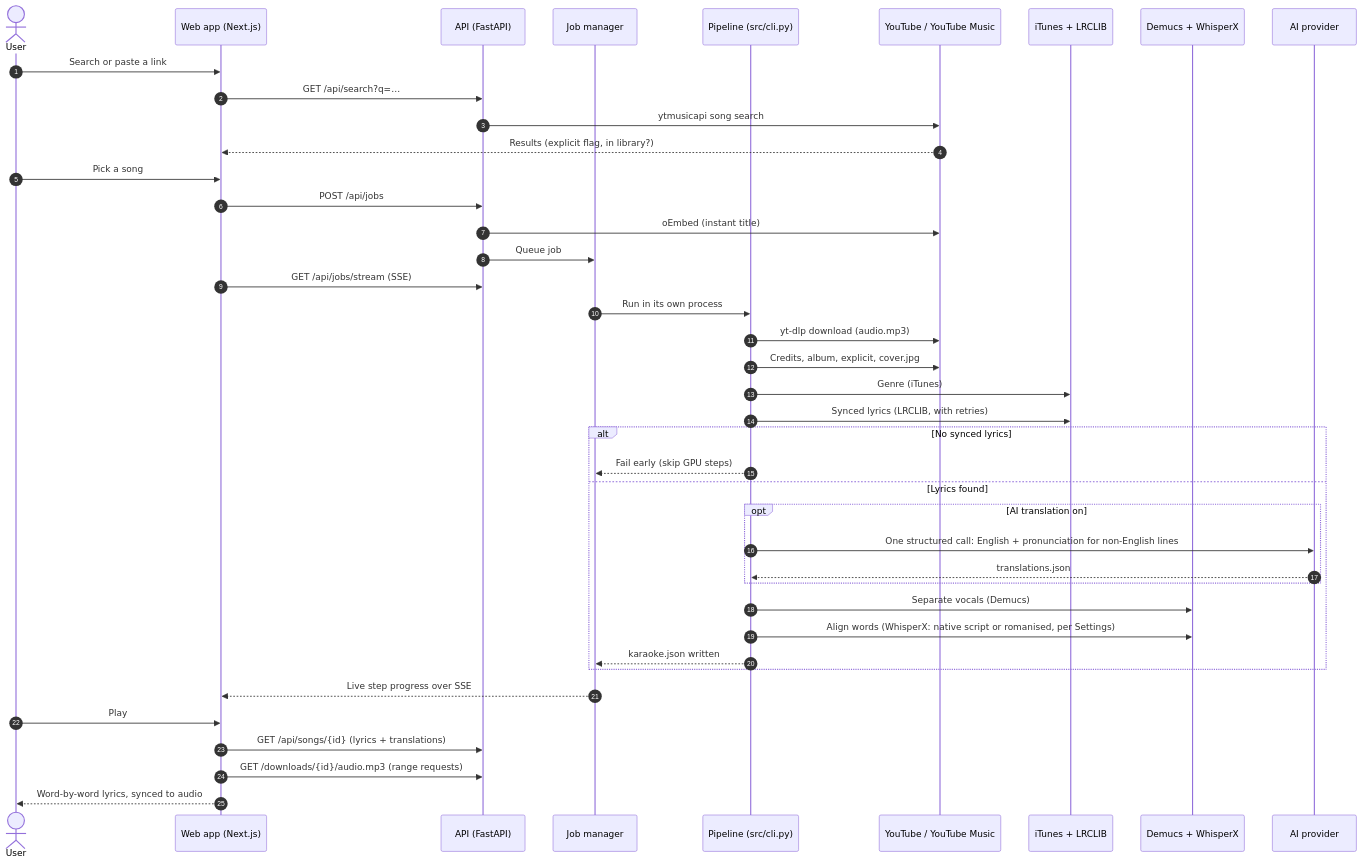
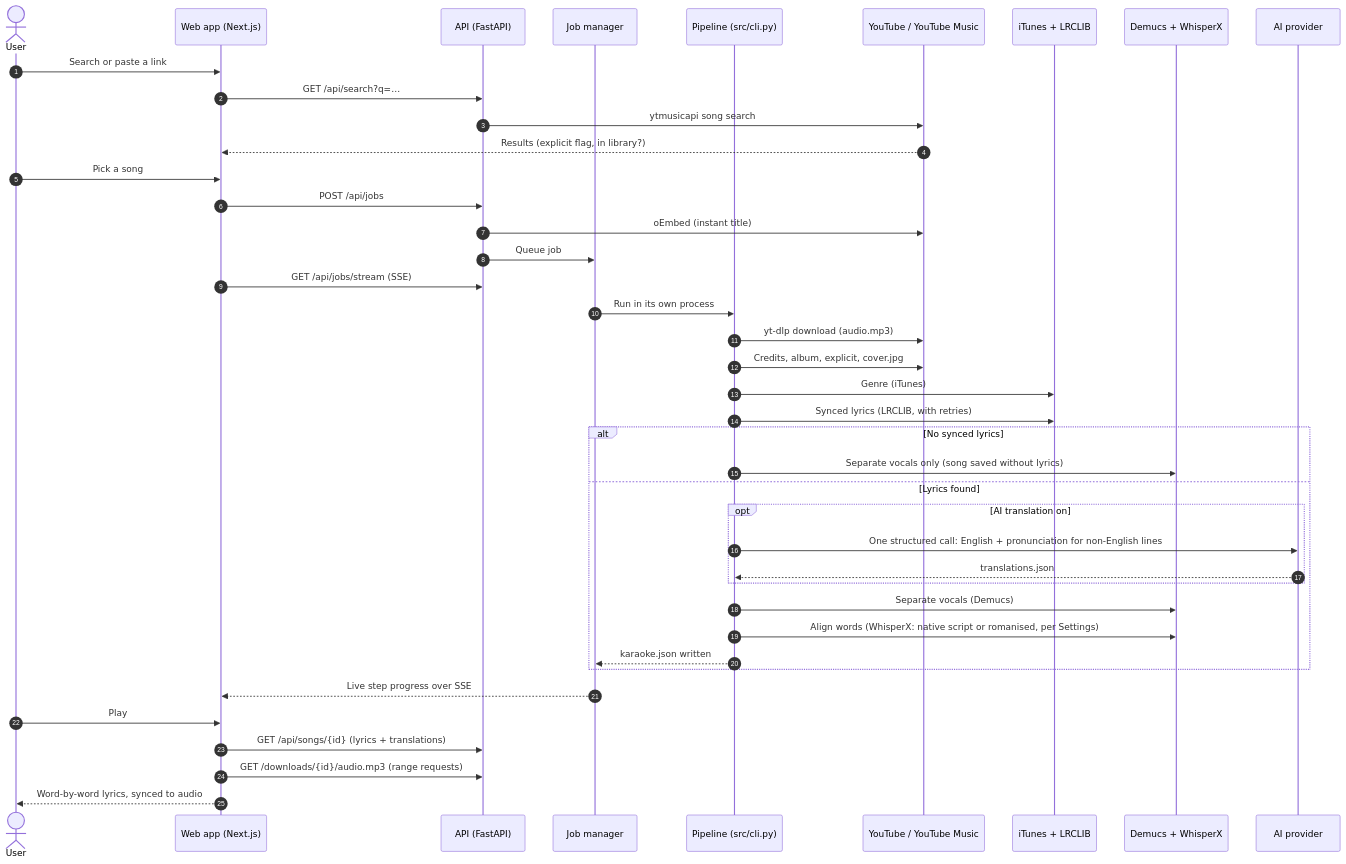
Before and after one commit to 0xaadesh/SingAlongSync: the diagram in README.md, drawn with Mermaid. The commit also changed other lines of this file and 24 other files, not shown here.

````diff
--- a/README.md
+++ b/README.md
@@ -60,46 +63,46 @@
 ```mermaid
 sequenceDiagram
     autonumber
     actor User
     participant Web as Web app (Next.js)
     participant API as API (FastAPI)
     participant Jobs as Job manager
     participant CLI as Pipeline (src/cli.py)
     participant YT as YouTube / YouTube Music
     participant Meta as iTunes + LRCLIB
     participant GPU as Demucs + WhisperX
     participant LLM as AI provider
 
     User->>Web: Search or paste a link
     Web->>API: GET /api/search?q=…
     API->>YT: ytmusicapi song search
     YT-->>Web: Results (explicit flag, in library?)
     User->>Web: Pick a song
     Web->>API: POST /api/jobs
     API->>YT: oEmbed (instant title)
     API->>Jobs: Queue job
     Web->>API: GET /api/jobs/stream (SSE)
 
     Jobs->>CLI: Run in its own process
     CLI->>YT: yt-dlp download (audio.mp3)
     CLI->>YT: Credits, album, explicit, cover.jpg
     CLI->>Meta: Genre (iTunes)
     CLI->>Meta: Synced lyrics (LRCLIB, with retries)
     alt No synced lyrics
-        CLI-->>Jobs: Fail early (skip GPU steps)
+        CLI->>GPU: Separate vocals only (song saved without lyrics)
     else Lyrics found
         opt AI translation on
             CLI->>LLM: One structured call: English + pronunciation for non-English lines
             LLM-->>CLI: translations.json
         end
         CLI->>GPU: Separate vocals (Demucs)
         CLI->>GPU: Align words (WhisperX: native script or romanised, per Settings)
         CLI-->>Jobs: karaoke.json written
     end
     Jobs-->>Web: Live step progress over SSE
 
     User->>Web: Play
     Web->>API: GET /api/songs/{id} (lyrics + translations)
     Web->>API: GET /downloads/{id}/audio.mp3 (range requests)
     Web-->>User: Word-by-word lyrics, synced to audio
 ```
````
